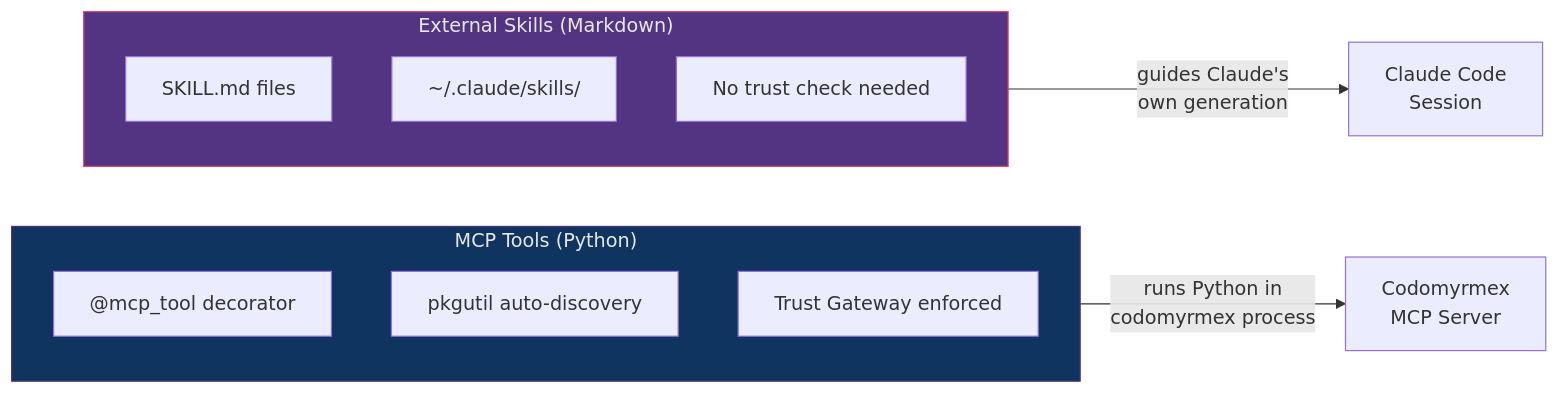
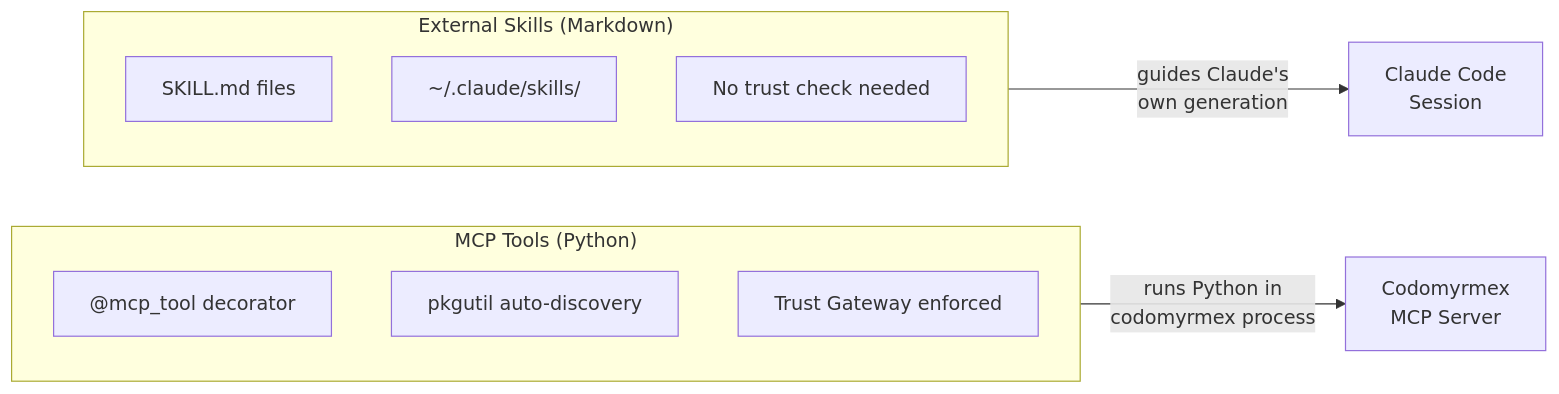
The ninth of 11 diagrams in docs/getting-started/GETTING_STARTED_WITH_AGENTS.md (docxology/codomyrmex), drawn with Mermaid before and after one commit. The commit also changed other lines of this file and 86 other files, not shown here.

````diff
--- a/docs/getting-started/GETTING_STARTED_WITH_AGENTS.md
+++ b/docs/getting-started/GETTING_STARTED_WITH_AGENTS.md
@@ -483,22 +460,19 @@
 ```mermaid
 graph LR
     subgraph MCP_TOOLS["MCP Tools (Python)"]
         direction TB
         DECORATOR["@mcp_tool decorator"]
         DISCOVERY["pkgutil auto-discovery"]
         TRUST_CHECK["Trust Gateway enforced"]
     end
 
     subgraph EXT_SKILLS["External Skills (Markdown)"]
         direction TB
         SKILL_MD["SKILL.md files"]
         SKILLS_DIR["~/.claude/skills/"]
         NO_TRUST["No trust check needed"]
     end
 
     MCP_TOOLS -->|"runs Python in<br/>codomyrmex process"| CDM["Codomyrmex<br/>MCP Server"]
     EXT_SKILLS -->|"guides Claude's<br/>own generation"| CC["Claude Code<br/>Session"]
-
-    style MCP_TOOLS fill:#0f3460,stroke:#533483,color:#e8e8e8
-    style EXT_SKILLS fill:#533483,stroke:#e94560,color:#e8e8e8
 ```
````
